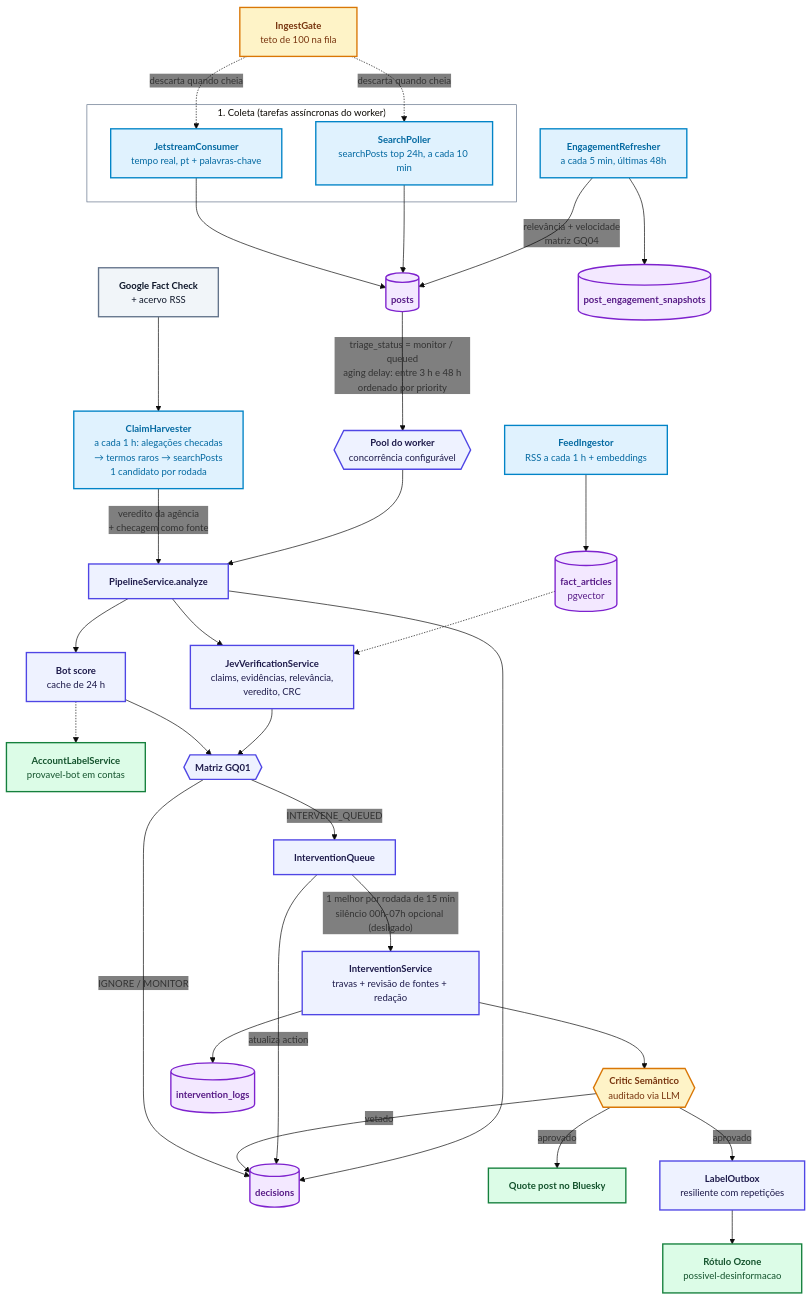
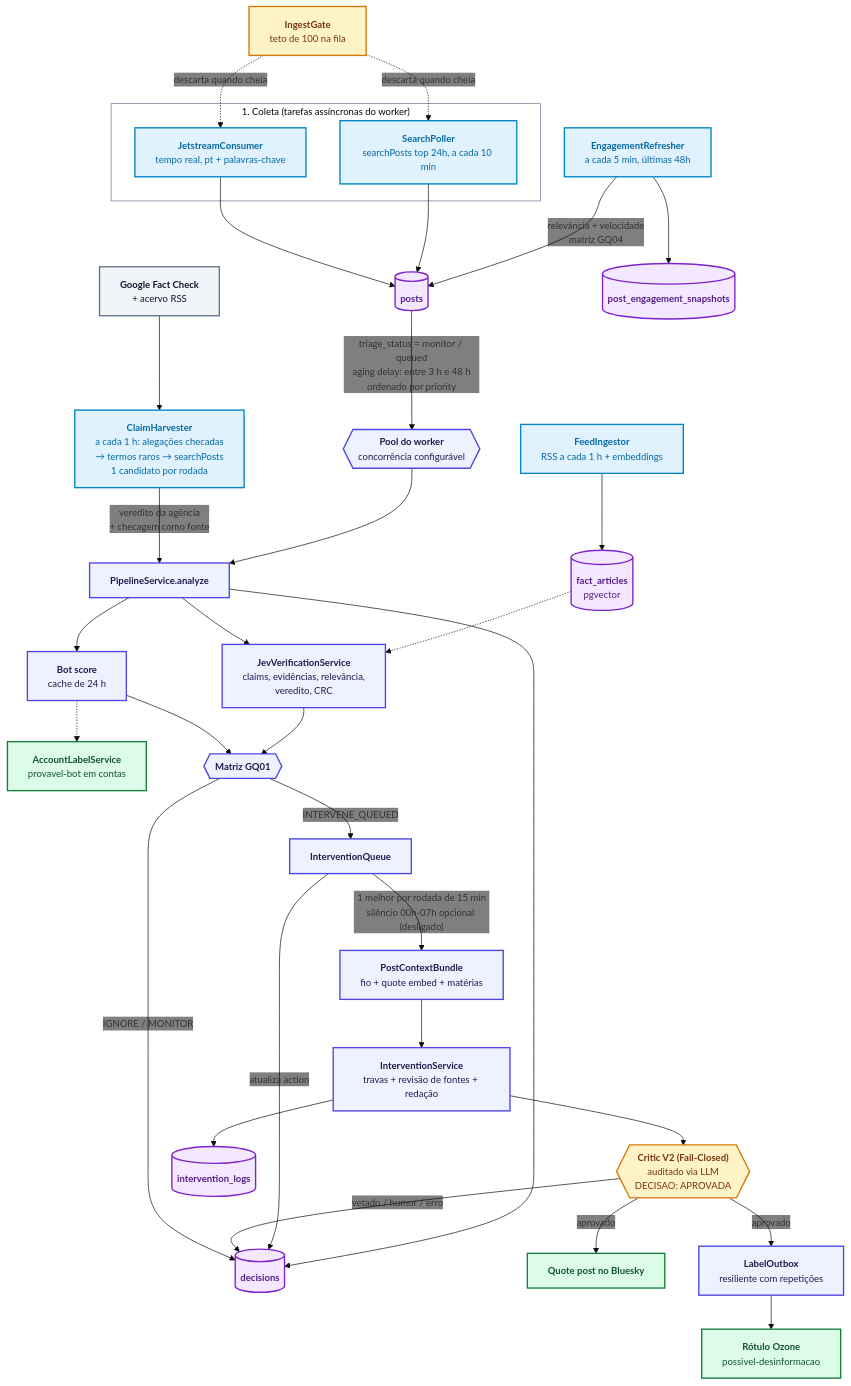
The second of 4 diagrams in docs/arquitetura/index.md (moonshinerd/ContrarIA), drawn with Mermaid before and after one commit. The commit also changed other lines of this file and 5 other files, not shown here.

First line of the commit message:
docs(arquitetura): atualizar documentação do mkdocs com Context Gate e Critic V2 (ADR 0028)

````diff
--- a/docs/arquitetura/index.md
+++ b/docs/arquitetura/index.md
@@ -74,47 +74,48 @@
 ```mermaid
 %%{init: {'theme': 'base', 'themeVariables': { 'fontSize': '14px', 'fontFamily': 'inherit', 'clusterBkg': 'transparent', 'clusterBorder': '#64748B', 'edgeLabelBackground': 'transparent' }}}%%
 flowchart TD
     classDef ext fill:#F1F5F9,stroke:#64748B,stroke-width:2px,color:#0F172A
     classDef ingest fill:#E0F2FE,stroke:#0284C7,stroke-width:2px,color:#0369A1
     classDef core fill:#EEF2FF,stroke:#4F46E5,stroke-width:2px,color:#1E1B4B
     classDef store fill:#F3E8FF,stroke:#7E22CE,stroke-width:2px,color:#581C87
     classDef guard fill:#FEF3C7,stroke:#D97706,stroke-width:2px,color:#78350F
     classDef out fill:#DCFCE7,stroke:#15803D,stroke-width:2px,color:#14532D
 
     subgraph Coleta["1. Coleta (tarefas assíncronas do worker)"]
         J1["<span style='color:#0369A1'><b>JetstreamConsumer</b><br/>tempo real, pt + palavras-chave</span>"]:::ingest
         J2["<span style='color:#0369A1'><b>SearchPoller</b><br/>searchPosts top 24h, a cada 10 min</span>"]:::ingest
     end
     J1 --> POSTS[("<span style='color:#581C87'><b>posts</b></span>")]:::store
     J2 --> POSTS
     HV["<span style='color:#0369A1'><b>ClaimHarvester</b><br/>a cada 1 h: alegações checadas<br/>→ termos raros → searchPosts<br/>1 candidato por rodada</span>"]:::ingest
     FC["<span style='color:#0F172A'><b>Google Fact Check</b><br/>+ acervo RSS</span>"]:::ext --> HV
     HV -- "veredito da agência<br/>+ checagem como fonte" --> PIPE
 
     ER["<span style='color:#0369A1'><b>EngagementRefresher</b><br/>a cada 5 min, últimas 48h</span>"]:::ingest --> SNAP[("<span style='color:#581C87'><b>post_engagement_snapshots</b></span>")]:::store
     ER -- relevância + velocidade<br/>matriz GQ04 --> POSTS
 
     POSTS -- triage_status = monitor / queued<br/>aging delay: entre 3 h e 48 h<br/>ordenado por priority --> LOOP{{"<span style='color:#1E1B4B'><b>Pool do worker</b><br/>concorrência configurável</span>"}}:::core
     GATE["<span style='color:#78350F'><b>IngestGate</b><br/>teto de 100 na fila</span>"]:::guard -. descarta quando cheia .-> J1
     GATE -. descarta quando cheia .-> J2
     RSSJ["<span style='color:#0369A1'><b>FeedIngestor</b><br/>RSS a cada 1 h + embeddings</span>"]:::ingest --> FA[("<span style='color:#581C87'><b>fact_articles</b><br/>pgvector</span>")]:::store
 
     LOOP --> PIPE["<span style='color:#1E1B4B'><b>PipelineService.analyze</b></span>"]:::core
     PIPE --> BOT["<span style='color:#1E1B4B'><b>Bot score</b><br/>cache de 24 h</span>"]:::core
     BOT -.-> ACC["<span style='color:#14532D'><b>AccountLabelService</b><br/>provavel-bot em contas</span>"]:::out
     PIPE --> VER["<span style='color:#1E1B4B'><b>JevVerificationService</b><br/>claims, evidências, relevância,<br/>veredito, CRC</span>"]:::core
     FA -.-> VER
     BOT --> GQ01{{"<span style='color:#1E1B4B'><b>Matriz GQ01</b></span>"}}:::core
     VER --> GQ01
     GQ01 -- IGNORE / MONITOR --> LOG[("<span style='color:#581C87'><b>decisions</b></span>")]:::store
     GQ01 -- INTERVENE_QUEUED --> Q["<span style='color:#1E1B4B'><b>InterventionQueue</b></span>"]:::core
-    Q -- 1 melhor por rodada de 15 min<br/>silêncio 00h-07h opcional (desligado) --> INT["<span style='color:#1E1B4B'><b>InterventionService</b><br/>travas + revisão de fontes + redação</span>"]:::core
-    INT --> CRIT{{"<span style='color:#78350F'><b>Critic Semântico</b><br/>auditado via LLM</span>"}}:::guard
-    CRIT -- vetado --> LOG
+    Q -- 1 melhor por rodada de 15 min<br/>silêncio 00h-07h opcional (desligado) --> BND["<span style='color:#1E1B4B'><b>PostContextBundle</b><br/>fio + quote embed + matérias</span>"]:::core
+    BND --> INT["<span style='color:#1E1B4B'><b>InterventionService</b><br/>travas + revisão de fontes + redação</span>"]:::core
+    INT --> CRIT{{"<span style='color:#78350F'><b>Critic V2 (Fail-Closed)</b><br/>auditado via LLM<br/>DECISAO: APROVADA</span>"}}:::guard
+    CRIT -- "vetado / humor / erro" --> LOG
     CRIT -- aprovado --> QP["<span style='color:#14532D'><b>Quote post no Bluesky</b></span>"]:::out
     CRIT -- aprovado --> OB["<span style='color:#1E1B4B'><b>LabelOutbox</b><br/>resiliente com repetições</span>"]:::core
     OB --> LAB["<span style='color:#14532D'><b>Rótulo Ozone</b><br/>possivel-desinformacao</span>"]:::out
     INT --> IL[("<span style='color:#581C87'><b>intervention_logs</b></span>")]:::store
     Q -- atualiza action --> LOG
     PIPE --> LOG
 ```
````
